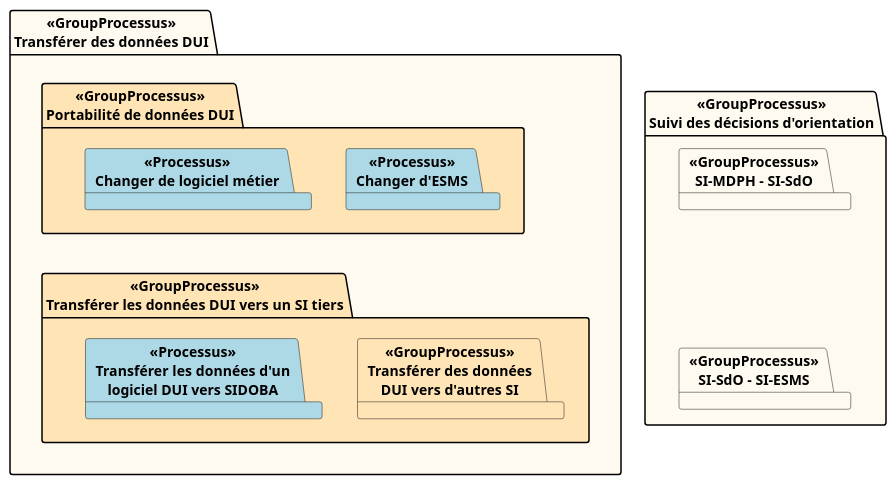
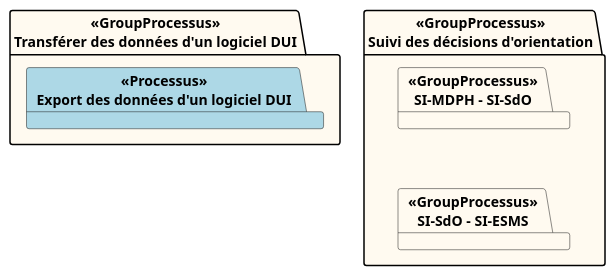
One commit to ansforge/IG-fhir-transfert-donnees-dui-esms changed the diagram in input/images-source/contexte_metier.plantuml. Above: the diagram before and after it, drawn with PlantUML. The commit also changed 4 other files, not shown here.

```diff
--- a/input/images-source/contexte_metier.plantuml
+++ b/input/images-source/contexte_metier.plantuml
@@ -1,23 +1,16 @@
 @startuml
 
-package "<<GroupProcessus>>\nTransférer des données DUI" #FloralWhite {
-    package "<<GroupProcessus>>\nTransférer les données DUI vers un SI tiers" as transfertSI #Moccasin {
-        package "<<GroupProcessus>>\nTransférer des données\nDUI vers d'autres SI" #Moccasin
-        package "<<Processus>>\nTransférer les données d'un\nlogiciel DUI vers SIDOBA" #LightBlue
-    }
-    package "<<GroupProcessus>>\nPortabilité de données DUI" as portabilite #Moccasin {
-        package "<<Processus>>\nChanger d'ESMS" #LightBlue
-        package "<<Processus>>\nChanger de logiciel métier" #LightBlue
-    }
+package "<<GroupProcessus>>\nTransférer des données d'un logiciel DUI" #FloralWhite {
+    
+        package "<<Processus>>\nExport des données d'un logiciel DUI" #LightBlue
 }
 
 package "<<GroupProcessus>>\nSuivi des décisions d'orientation" #FloralWhite {
     package "<<GroupProcessus>>\nSI-SdO - SI-ESMS" #FloralWhite
     package "<<GroupProcessus>>\nSI-MDPH - SI-SdO" #FloralWhite
 }
 
-portabilite -[hidden]- transfertSI
 [<<GroupProcessus>>\nSI-MDPH - SI-SdO] -[hidden]- [<<GroupProcessus>>\nSI-SdO - SI-ESMS]
 
 
 @enduml
```
